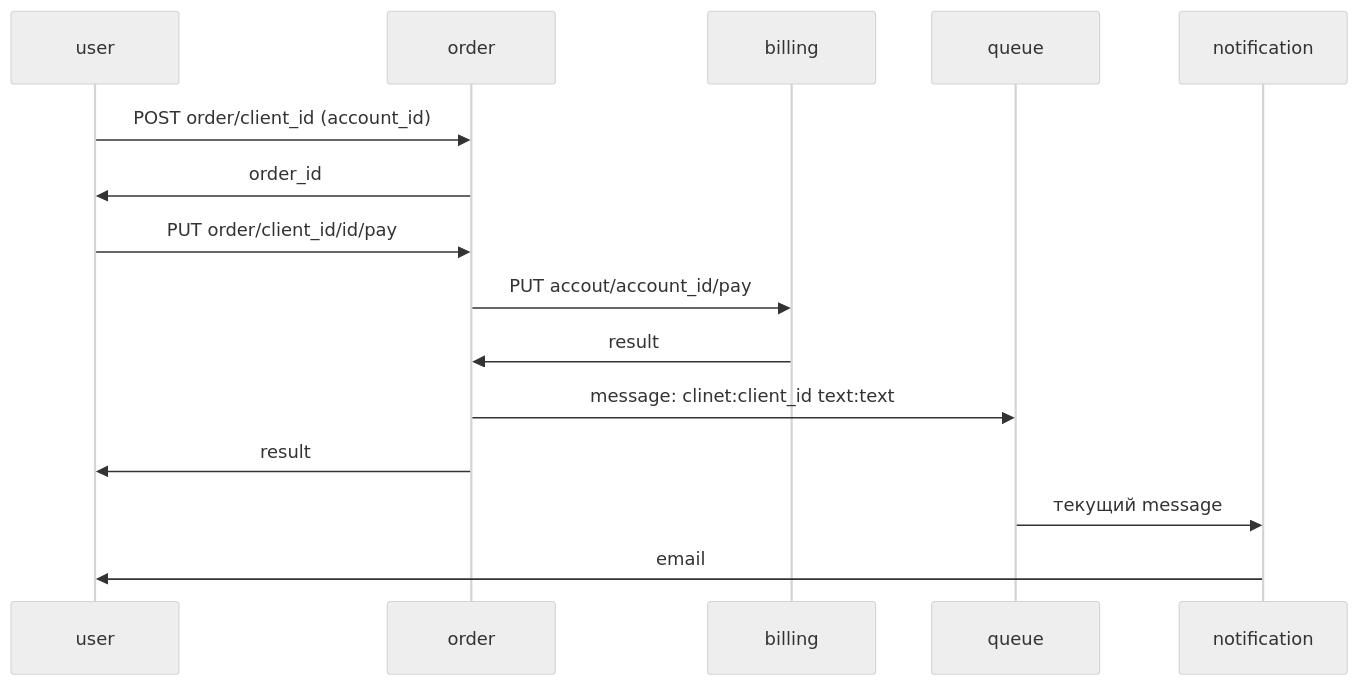
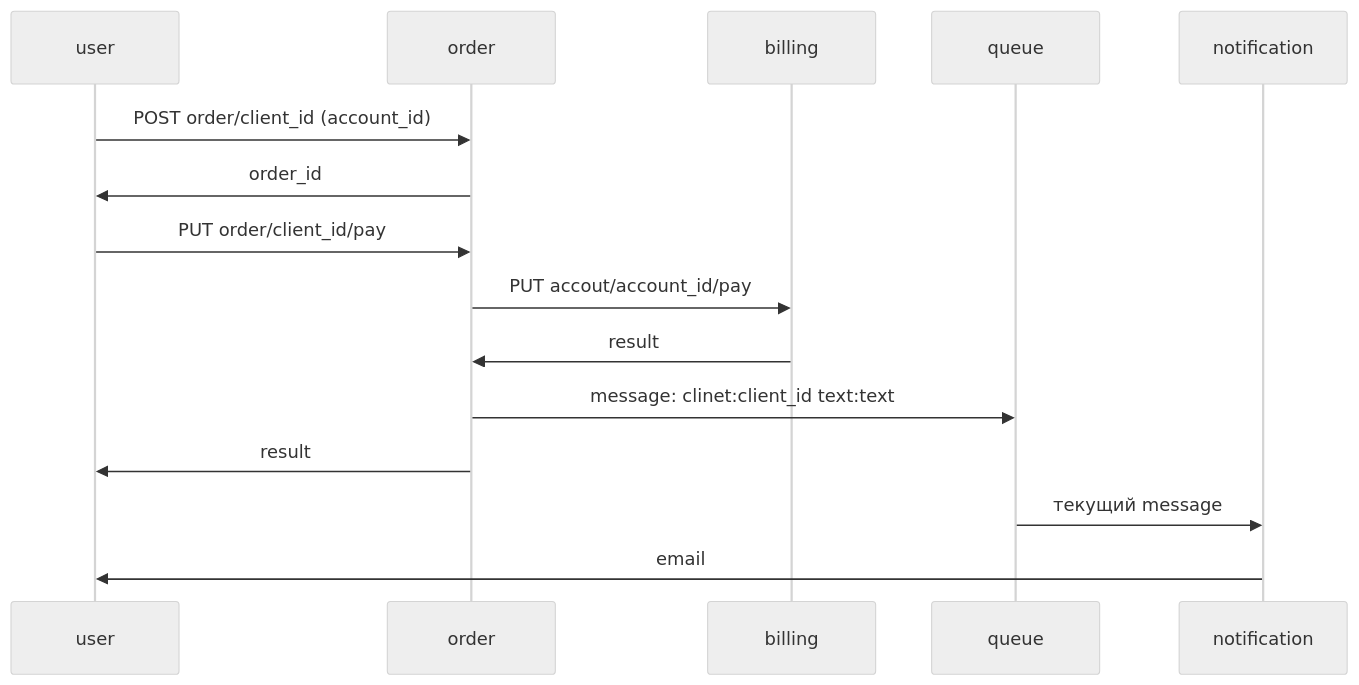
Before and after one commit to reagafonov/microservice_homework: the diagram in homework7/graphs/EventNotification(адекватный).mmd, drawn with Mermaid (neutral theme). The commit also changed 1555 other files, not shown here.

```diff
--- a/homework7/graphs/EventNotification(адекватный).mmd
+++ b/homework7/graphs/EventNotification(адекватный).mmd
@@ -1,10 +1,10 @@
 sequenceDiagram
     user ->> order: POST order/client_id (account_id)
     order ->> user: order_id
-    user ->> order: PUT order/client_id/id/pay
+    user ->> order: PUT order/client_id/pay
     order ->> billing: PUT accout/account_id/pay
     billing ->> order: result
     order ->> queue: message: clinet:client_id text:text
     order ->> user: result
     queue ->> notification: текущий message
     notification ->> user: email
```
